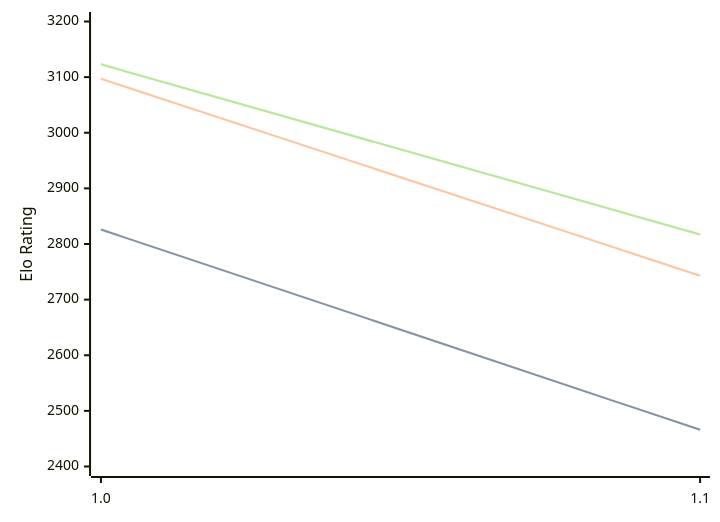
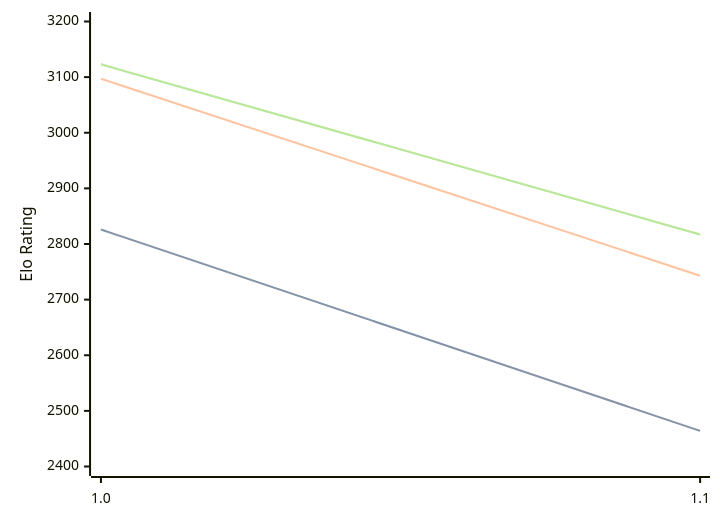
One commit to computer-chess-index/cci changed the third of 3 diagrams in engines/Publius.md. Above: the diagram before and after it, drawn with Mermaid. The commit also changed other lines of this file, not shown here.

````diff
--- a/engines/Publius.md
+++ b/engines/Publius.md
@@ -65,11 +65,11 @@
 ```mermaid
 %%{init: {"theme":"base","themeVariables":{"seriesColors:['#a3a3a3','#222221','#faa371']}}}%%
 xychart-beta
   x-axis ["1.0", "1.1"]
   y-axis "Elo Rating" 2400 --> 3200
-  line "STC (8.0+0.08s)" [2826, 2466]
-  line "STC (8.0+0.08s)" [2826, 2466]
+  line "STC (8.0+0.08s)" [2826, 2464]
+  line "STC (8.0+0.08s)" [2826, 2464]
   line "LTC (60.0+0.60s)" [3097, 2743]
   line "VLTC (2m24s+1.12s)" [3123, 2817]
   line "VLTC (2m24s+1.12s)" [3123, 2817]
 ```
````
